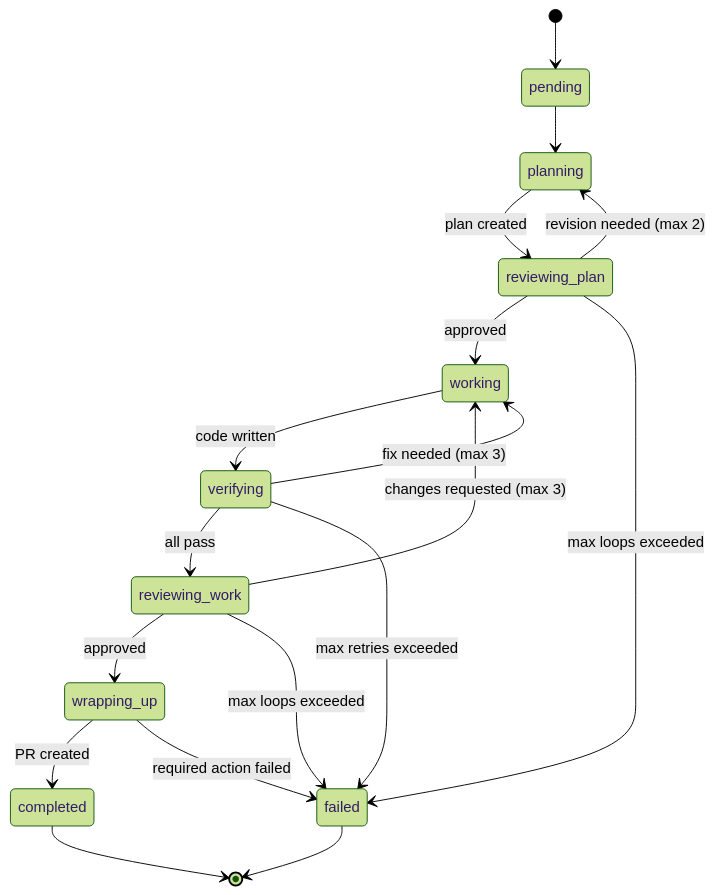
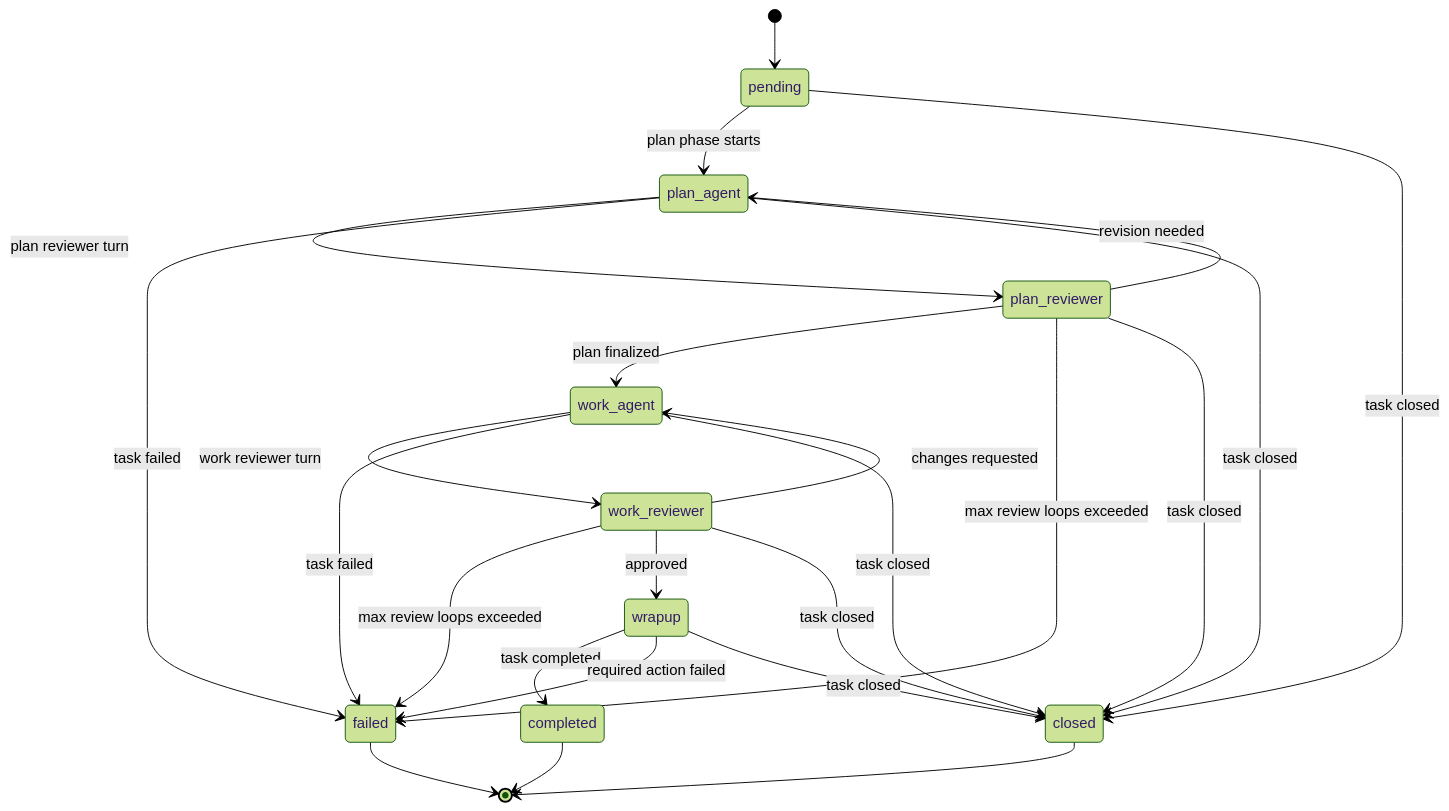
Before and after one commit to ShravanSunder/agent-vm: the first of 2 diagrams in docs/architecture/agent-worker-gateway.md, drawn with Mermaid (forest theme). The commit also changed other lines of this file and 5 other files, not shown here.

Commit message:
Reconcile architecture docs drift

````diff
--- a/docs/architecture/agent-worker-gateway.md
+++ b/docs/architecture/agent-worker-gateway.md
@@ -236,20 +236,26 @@
 ```mermaid
 stateDiagram-v2
     [*] --> pending
-    pending --> planning
-    planning --> reviewing_plan : plan created
-    reviewing_plan --> working : approved
-    reviewing_plan --> planning : revision needed (max 2)
-    reviewing_plan --> failed : max loops exceeded
-    working --> verifying : code written
-    verifying --> reviewing_work : all pass
-    verifying --> working : fix needed (max 3)
-    verifying --> failed : max retries exceeded
-    reviewing_work --> wrapping_up : approved
-    reviewing_work --> working : changes requested (max 3)
-    reviewing_work --> failed : max loops exceeded
-    wrapping_up --> completed : PR created
-    wrapping_up --> failed : required action failed
+    pending --> plan_agent : plan phase starts
+    plan_agent --> plan_reviewer : plan reviewer turn
+    plan_reviewer --> plan_agent : revision needed
+    plan_reviewer --> work_agent : plan finalized
+    plan_agent --> failed : task failed
+    plan_reviewer --> failed : max review loops exceeded
+    work_agent --> work_reviewer : work reviewer turn
+    work_reviewer --> work_agent : changes requested
+    work_agent --> failed : task failed
+    work_reviewer --> failed : max review loops exceeded
+    work_reviewer --> wrapup : approved
+    wrapup --> completed : task completed
+    wrapup --> failed : required action failed
+    pending --> closed : task closed
+    plan_agent --> closed : task closed
+    plan_reviewer --> closed : task closed
+    work_agent --> closed : task closed
+    work_reviewer --> closed : task closed
+    wrapup --> closed : task closed
     completed --> [*]
     failed --> [*]
+    closed --> [*]
 ```
````
